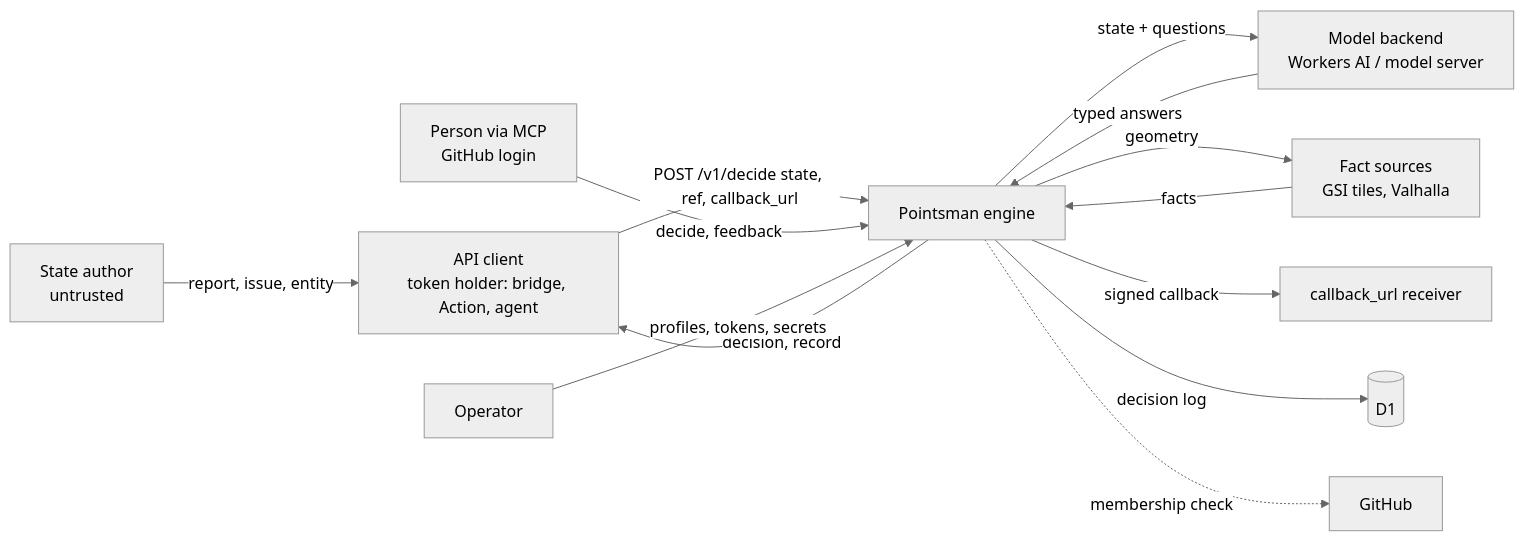
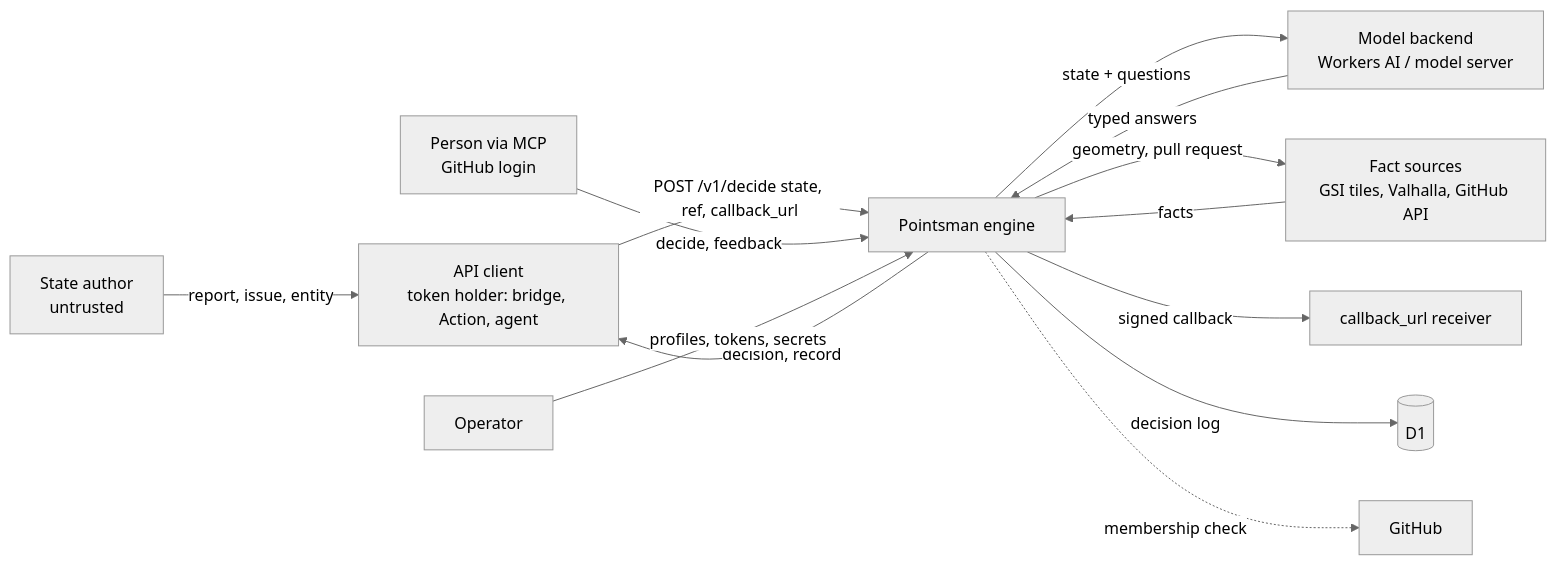
Before and after one commit to geolonia/pointsman: the diagram in threat-model.md, drawn with Mermaid (neutral theme). The commit also changed other lines of this file and 3 other files, not shown here.

First line of the commit message:
Threat model: GitHub pull-request facts (#138)

````diff
--- a/threat-model.md
+++ b/threat-model.md
@@ -245,15 +276,15 @@
 ```mermaid
 flowchart LR
   SA[State author<br/>untrusted] -->|report, issue, entity| C[API client<br/>token holder: bridge, Action, agent]
   C -->|POST /v1/decide state, ref, callback_url| E[Pointsman engine]
   P[Person via MCP<br/>GitHub login] -->|decide, feedback| E
   E -->|state + questions| M[Model backend<br/>Workers AI / model server]
   M -->|typed answers| E
-  E -->|geometry| F[Fact sources<br/>GSI tiles, Valhalla]
+  E -->|geometry, pull request| F[Fact sources<br/>GSI tiles, Valhalla, GitHub API]
   F -->|facts| E
   E -->|decision, record| C
   E -->|signed callback| CB[callback_url receiver]
   E -->|decision log| D1[(D1)]
   E -.->|membership check| GH[GitHub]
   OP[Operator] -->|profiles, tokens, secrets| E
 ```
````
